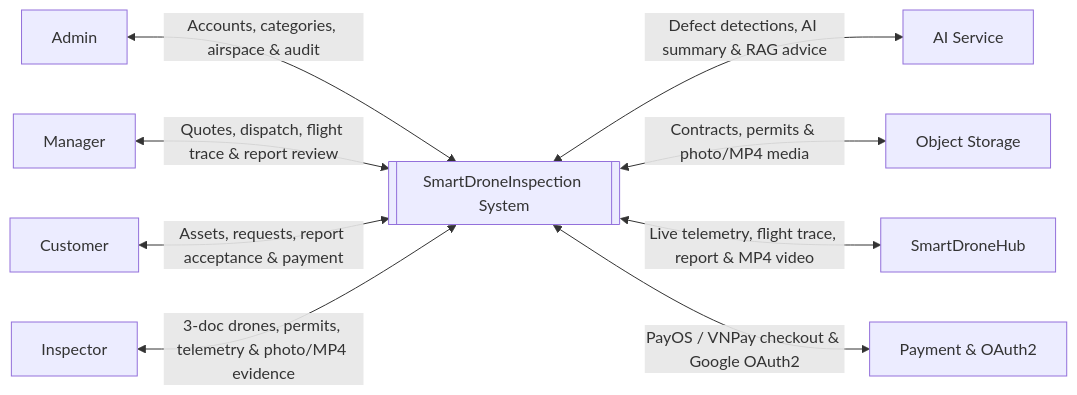
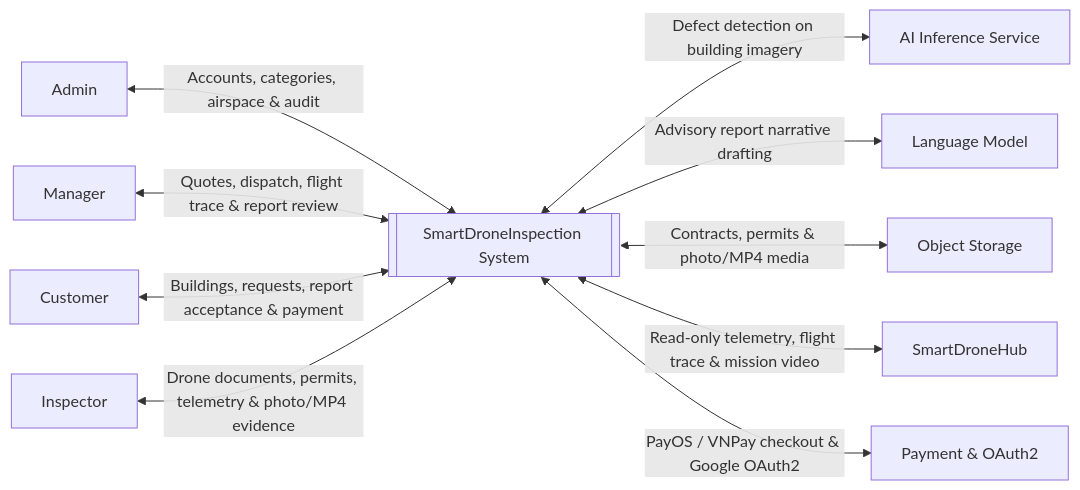
One commit to tungbach12/SmartDroneInspection-Docs changed the diagram in reports/report-3-software-requirement-specification/01-overall-description.md. Above: the diagram before and after it, drawn with Mermaid. The commit also changed other lines of this file and 375 other files, not shown here.

````diff
--- a/reports/report-3-software-requirement-specification/01-overall-description.md
+++ b/reports/report-3-software-requirement-specification/01-overall-description.md
@@ -14,24 +16,26 @@
 ```mermaid
 %% title: System Context Diagram
 flowchart LR
   ADMIN["Admin"]
   MANAGER["Manager"]
   CUSTOMER["Customer"]
   INSPECTOR["Inspector"]
 
   SDI[["SmartDroneInspection System"]]
-  AI["AI Service"]
+  AI["AI Inference Service"]
+  LLM["Language Model"]
   STORAGE["Object Storage"]
   HUB["SmartDroneHub"]
   PAYMENT["Payment & OAuth2"]
 
   ADMIN <-->|"Accounts, categories, airspace & audit"| SDI
   MANAGER <-->|"Quotes, dispatch, flight trace & report review"| SDI
-  CUSTOMER <-->|"Assets, requests, report acceptance & payment"| SDI
-  INSPECTOR <-->|"3-doc drones, permits, telemetry & photo/MP4 evidence"| SDI
+  CUSTOMER <-->|"Buildings, requests, report acceptance & payment"| SDI
+  INSPECTOR <-->|"Drone documents, permits, telemetry & photo/MP4 evidence"| SDI
 
-  SDI <-->|"Defect detections, AI summary & RAG advice"| AI
+  SDI <-->|"Defect detection on building imagery"| AI
+  SDI <-->|"Advisory report narrative drafting"| LLM
   SDI <-->|"Contracts, permits & photo/MP4 media"| STORAGE
-  SDI <-->|"Live telemetry, flight trace, report & MP4 video"| HUB
+  SDI <-->|"Read-only telemetry, flight trace & mission video"| HUB
   SDI <-->|"PayOS / VNPay checkout & Google OAuth2"| PAYMENT
 ```
````
